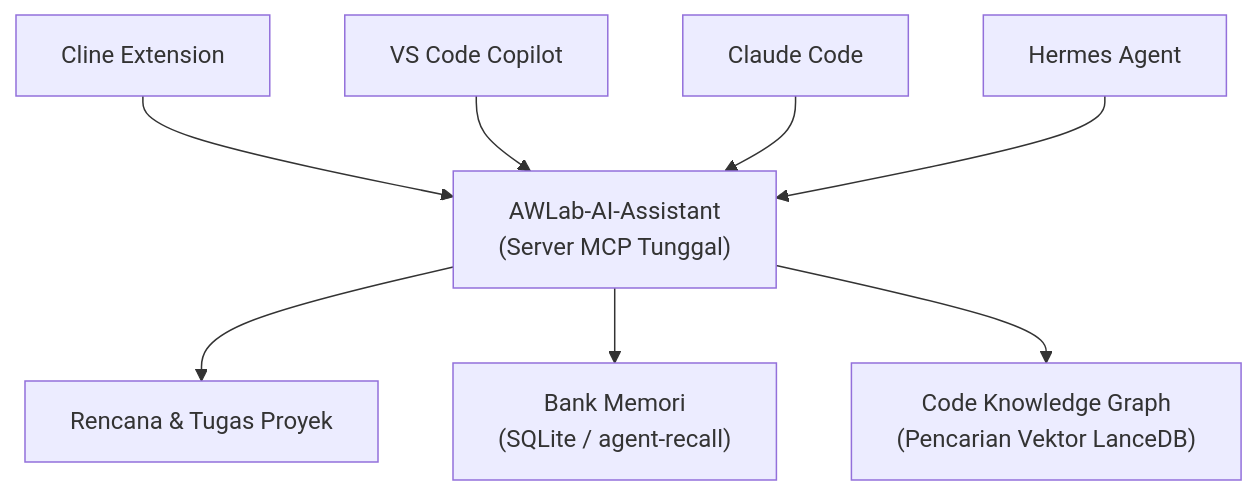
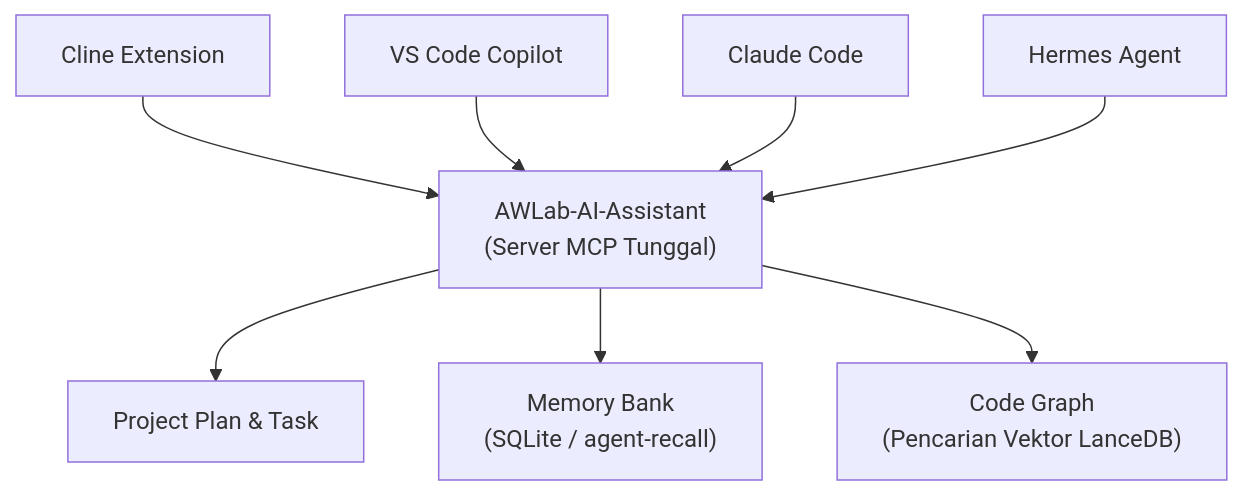
Before and after one commit to awsomplak/awlab-ai-assistant: the first of 2 diagrams in README_ID.md, drawn with Mermaid. The commit also changed other lines of this file and 5 other files, not shown here.

````diff
--- a/README_ID.md
+++ b/README_ID.md
@@ -62,19 +62,19 @@
 ```mermaid
 graph TB
   CL["Cline Extension"]
   CP["VS Code Copilot"]
   CC["Claude Code"]
   HR["Hermes Agent"]
   AM["AWLab-AI-Assistant<br/>(Server MCP Tunggal)"]
-  ART["Rencana & Tugas Proyek"]
-  AG["Bank Memori<br/>(SQLite / agent-recall)"]
-  CG["Code Knowledge Graph<br/>(Pencarian Vektor LanceDB)"]
+  ART["Project Plan & Task"]
+  AG["Memory Bank<br/>(SQLite / agent-recall)"]
+  CG["Code Graph<br/>(Pencarian Vektor LanceDB)"]
 
   CL --> AM
   CP --> AM
   CC --> AM
   HR --> AM
   AM --> ART
   AM --> AG
   AM --> CG
 ```
````
